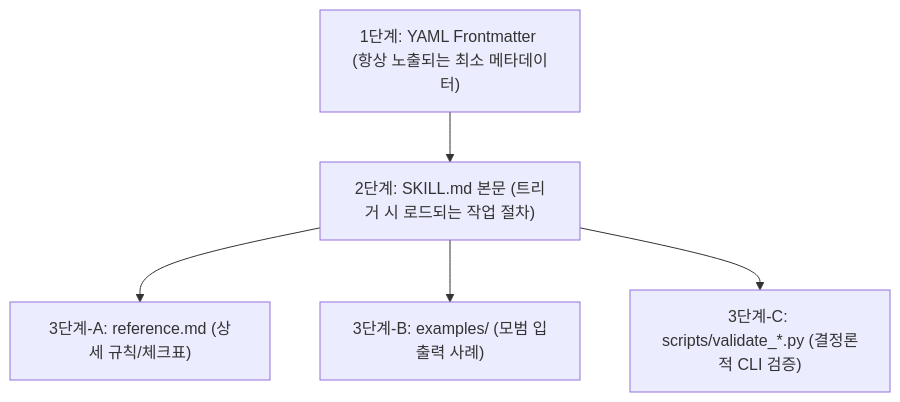
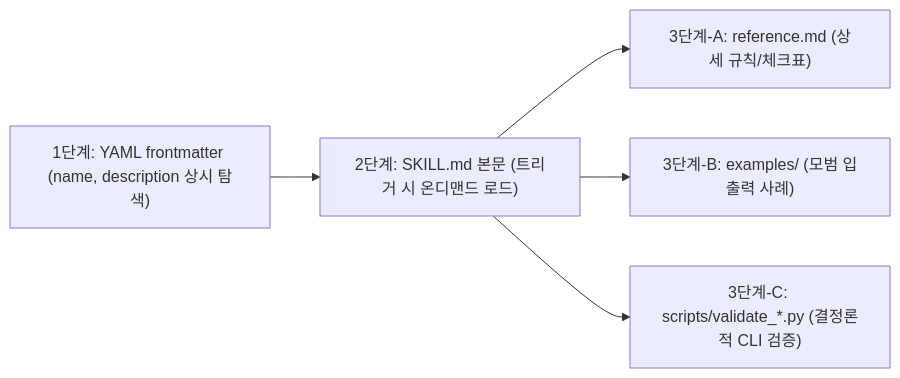
The diagram in ch03-skills/README.md (yojulab/learn_Loop_engineering), drawn with Mermaid before and after one commit. The commit also changed other lines of this file and 260 other files, not shown here.

````diff
--- a/ch03-skills/README.md
+++ b/ch03-skills/README.md
@@ -15,7 +15,7 @@
 ```mermaid
-flowchart TB
-    L1["1단계: YAML Frontmatter (항상 노출되는 최소 메타데이터)"] --> L2["2단계: SKILL.md 본문 (트리거 시 로드되는 작업 절차)"]
+flowchart LR
+    L1["1단계: YAML frontmatter (name, description 상시 탐색)"] --> L2["2단계: SKILL.md 본문 (트리거 시 온디맨드 로드)"]
     L2 --> L3A["3단계-A: reference.md (상세 규칙/체크표)"]
     L2 --> L3B["3단계-B: examples/ (모범 입출력 사례)"]
     L2 --> L3C["3단계-C: scripts/validate_*.py (결정론적 CLI 검증)"]
 ```
````
